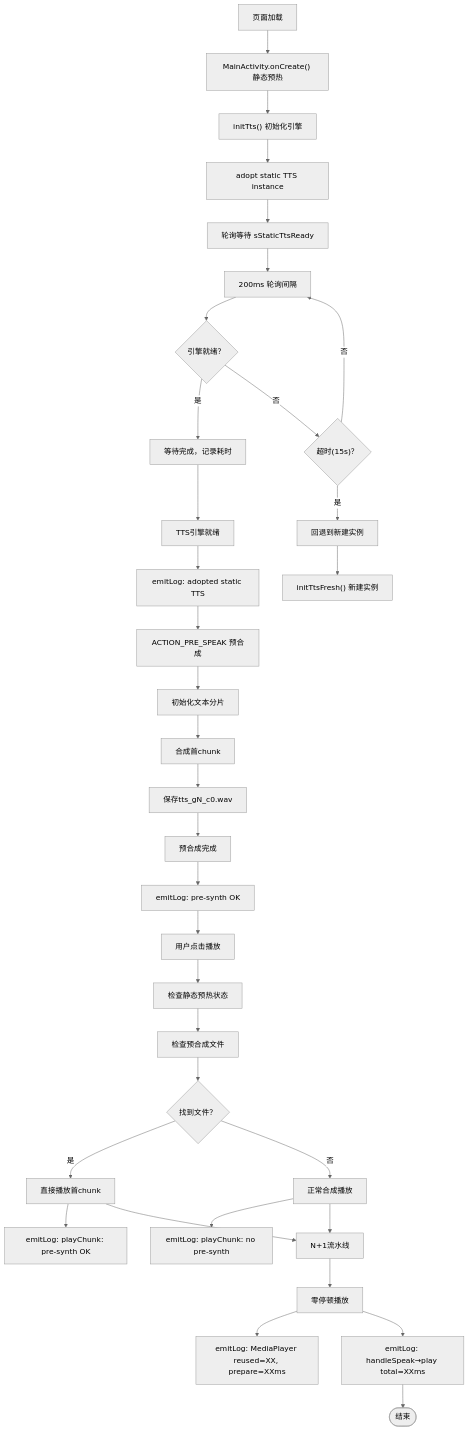
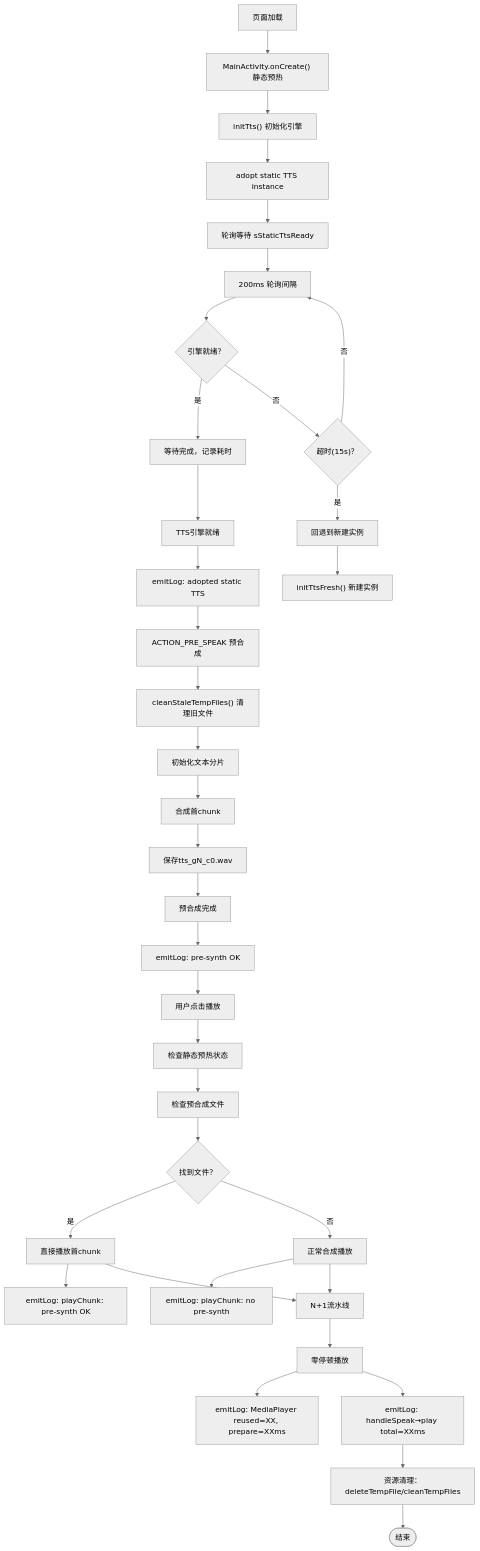
One commit to zhao-zg/cx changed the eighth of 11 diagrams in .qoder/repowiki/zh/content/移动应用开发/移动应用开发.md. Above: the diagram before and after it, drawn with Mermaid (neutral theme). The commit also changed other lines of this file and 34 other files, not shown here.

````diff
--- a/.qoder/repowiki/zh/content/移动应用开发/移动应用开发.md
+++ b/.qoder/repowiki/zh/content/移动应用开发/移动应用开发.md
@@ -464,36 +474,38 @@
 ```mermaid
 flowchart TD
 PageLoad["页面加载"] --> StaticPrewarm["MainActivity.onCreate() 静态预热"]
 StaticPrewarm --> InitTts["initTts() 初始化引擎"]
 InitTts --> AdoptStatic["adopt static TTS instance"]
 AdoptStatic --> Polling["轮询等待 sStaticTtsReady"]
 Polling --> Wait200ms["200ms 轮询间隔"]
 Wait200ms --> CheckReady{"引擎就绪？"}
 CheckReady --> |是| Success["等待完成，记录耗时"]
 CheckReady --> |否| Timeout{"超时(15s)？"}
 Timeout --> |否| Wait200ms
 Timeout --> |是| Fallback["回退到新建实例"]
 Success --> Ready["TTS引擎就绪"]
 Fallback --> InitFresh["initTtsFresh() 新建实例"]
 Ready --> PerfLog1["emitLog: adopted static TTS"]
 PerfLog1 --> PreSynth["ACTION_PRE_SPEAK 预合成"]
-PreSynth --> InitChunks["初始化文本分片"]
+PreSynth --> CleanOld["cleanStaleTempFiles() 清理旧文件"]
+CleanOld --> InitChunks["初始化文本分片"]
 InitChunks --> SynthesizeFirst["合成首chunk"]
 SynthesizeFirst --> SaveFile["保存tts_gN_c0.wav"]
 SaveFile --> Ready2["预合成完成"]
 Ready2 --> PerfLog2["emitLog: pre-synth OK"]
 PerfLog2 --> UserClick["用户点击播放"]
 UserClick --> CheckWarmup["检查静态预热状态"]
 CheckWarmup --> CheckPreSynth["检查预合成文件"]
 CheckPreSynth --> HasFile{"找到文件？"}
 HasFile --> |是| DirectPlay["直接播放首chunk"]
 HasFile --> |否| NormalSynth["正常合成播放"]
 DirectPlay --> PerfLog3["emitLog: playChunk: pre-synth OK"]
 NormalSynth --> PerfLog4["emitLog: playChunk: no pre-synth"]
 DirectPlay --> Pipeline["N+1流水线"]
 NormalSynth --> Pipeline
 Pipeline --> ZeroDelay["零停顿播放"]
 ZeroDelay --> PerfLog5["emitLog: MediaPlayer reused=XX, prepare=XXms"]
 ZeroDelay --> TotalTime["emitLog: handleSpeak→play total=XXms"]
-TotalTime --> End(["结束"])
+TotalTime --> ResourceClean["资源清理：deleteTempFile/cleanTempFiles"]
+ResourceClean --> End(["结束"])
 ```
````
